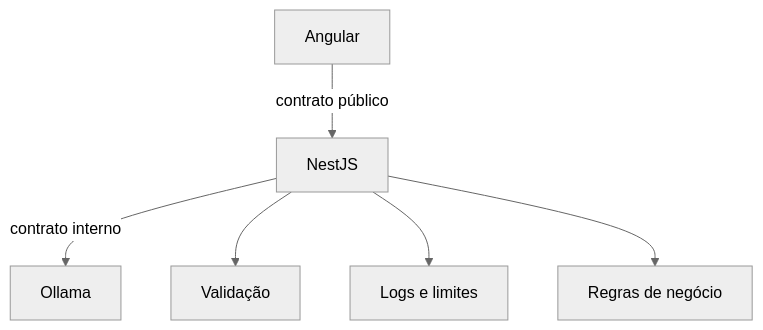
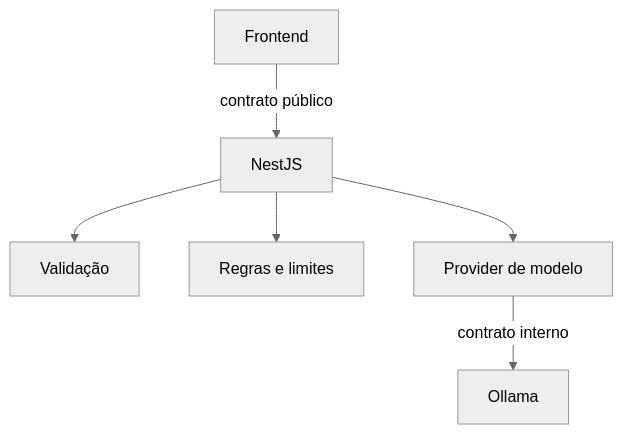
One commit to luciano-alexandre/topicos-avancados changed the second of 3 diagrams in docs/encontros/encontro-06.md. Above: the diagram before and after it, drawn with Mermaid (neutral theme). The commit also changed other lines of this file, not shown here.

````diff
--- a/docs/encontros/encontro-06.md
+++ b/docs/encontros/encontro-06.md
@@ -50,8 +70,8 @@
 ```mermaid
 flowchart TD
-    A[Angular] -->|contrato público| N[NestJS]
-    N -->|contrato interno| O[Ollama]
+    A[Frontend] -->|contrato público| N[NestJS]
     N --> V[Validação]
-    N --> L[Logs e limites]
-    N --> R[Regras de negócio]
+    N --> R[Regras e limites]
+    N --> P[Provider de modelo]
+    P -->|contrato interno| O[Ollama]
 ```
````
